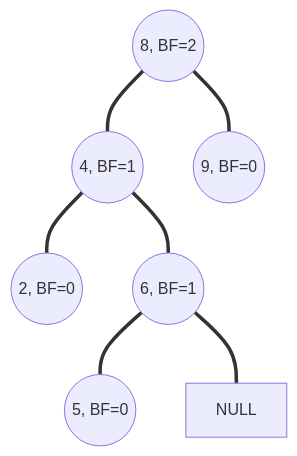
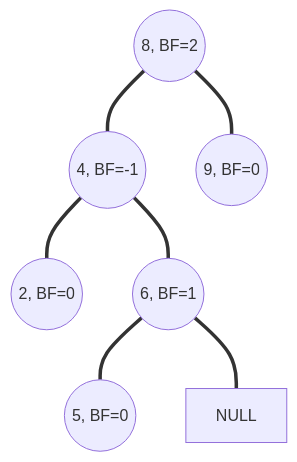
The third of 26 diagrams in docs/cour_note/D2CX_AdvancedDataStructure/Lec01.md (IsshikiHugh/notebook), drawn with Mermaid before and after one commit. The commit also changed other lines of this file and 1 other file, not shown here.

````diff
--- a/docs/cour_note/D2CX_AdvancedDataStructure/Lec01.md
+++ b/docs/cour_note/D2CX_AdvancedDataStructure/Lec01.md
@@ -142,15 +142,15 @@
             ```mermaid
             graph TD;
             A(("8, BF=2"))
-            B(("4, BF=1"))
+            B(("4, BF=-1"))
             C(("9, BF=0"))
             D(("2, BF=0"))
             E(("6, BF=1"))
             F(("5, BF=0"))
             A === B
             A === C
             B === D
             B === E
             E === F
             E === NULL
             ```
````
